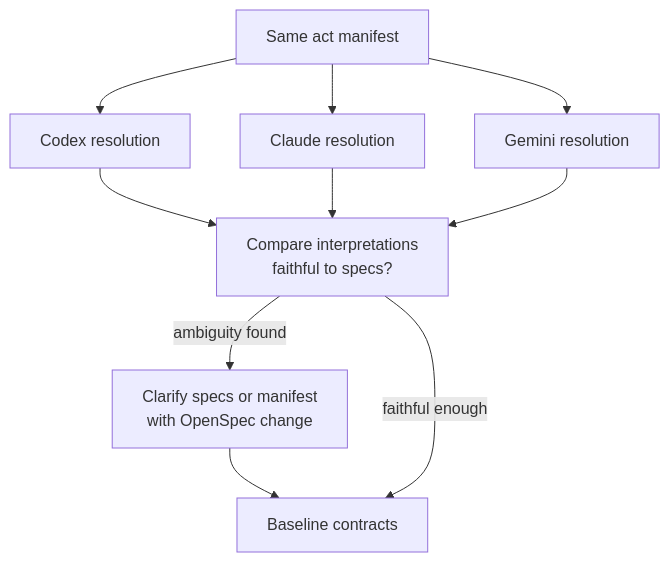
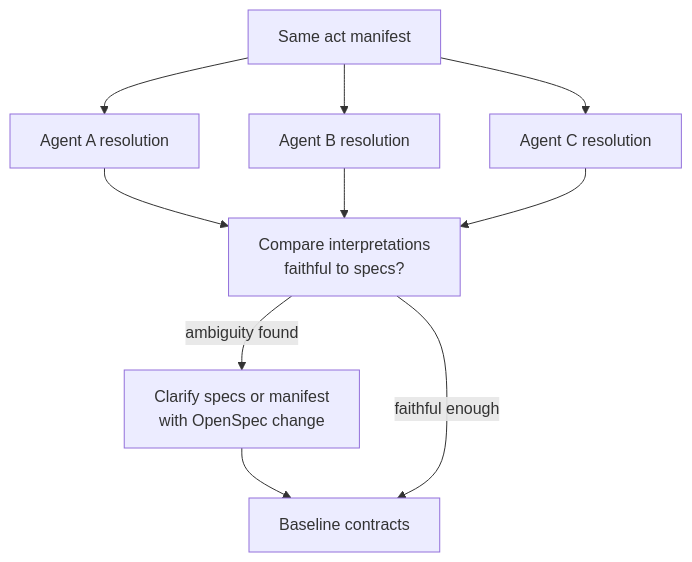
One commit to dtcc-platform/udt-platforms-mapping changed the second of 2 diagrams in README.md. Above: the diagram before and after it, drawn with Mermaid. The commit also changed other lines of this file and 10 other files, not shown here.

````diff
--- a/README.md
+++ b/README.md
@@ -117,20 +117,20 @@
 ```mermaid
 flowchart TD
     M["Same act manifest"]
-    C["Codex resolution"]
-    L["Claude resolution"]
-    G["Gemini resolution"]
+    C["Agent A resolution"]
+    L["Agent B resolution"]
+    G["Agent C resolution"]
     V["Compare interpretations\nfaithful to specs?"]
     D["Clarify specs or manifest\nwith OpenSpec change"]
     B["Baseline contracts"]
 
     M --> C
     M --> L
     M --> G
     C --> V
     L --> V
     G --> V
     V -->|ambiguity found| D
     D --> B
     V -->|faithful enough| B
 ```
````
